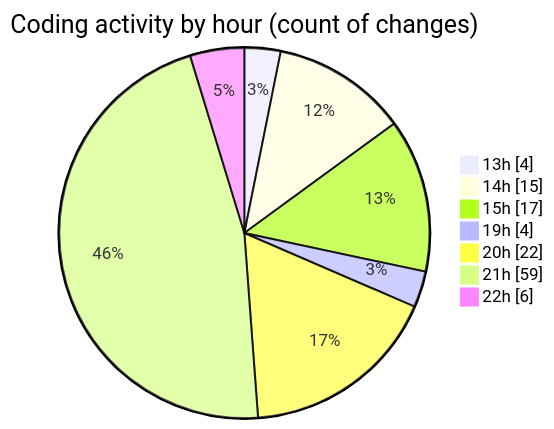
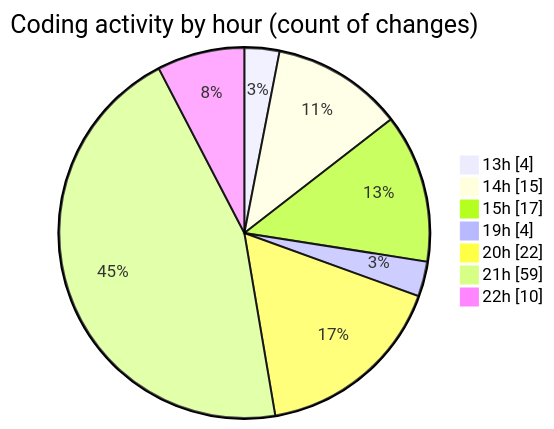
The second of 2 diagrams in 2025-01-21/projects/README.md (Ritupan-Deka/code-tracking), drawn with Mermaid before and after one commit. The commit also changed other lines of this file and 1 other file, not shown here.

````diff
--- a/2025-01-21/projects/README.md
+++ b/2025-01-21/projects/README.md
@@ -42,11 +42,11 @@
 ```mermaid
 pie showData
 title Coding activity by hour (count of changes)
 "13h" : 4
 "14h" : 15
 "15h" : 17
 "19h" : 4
 "20h" : 22
 "21h" : 59
-"22h" : 6
+"22h" : 10
 ```
````
